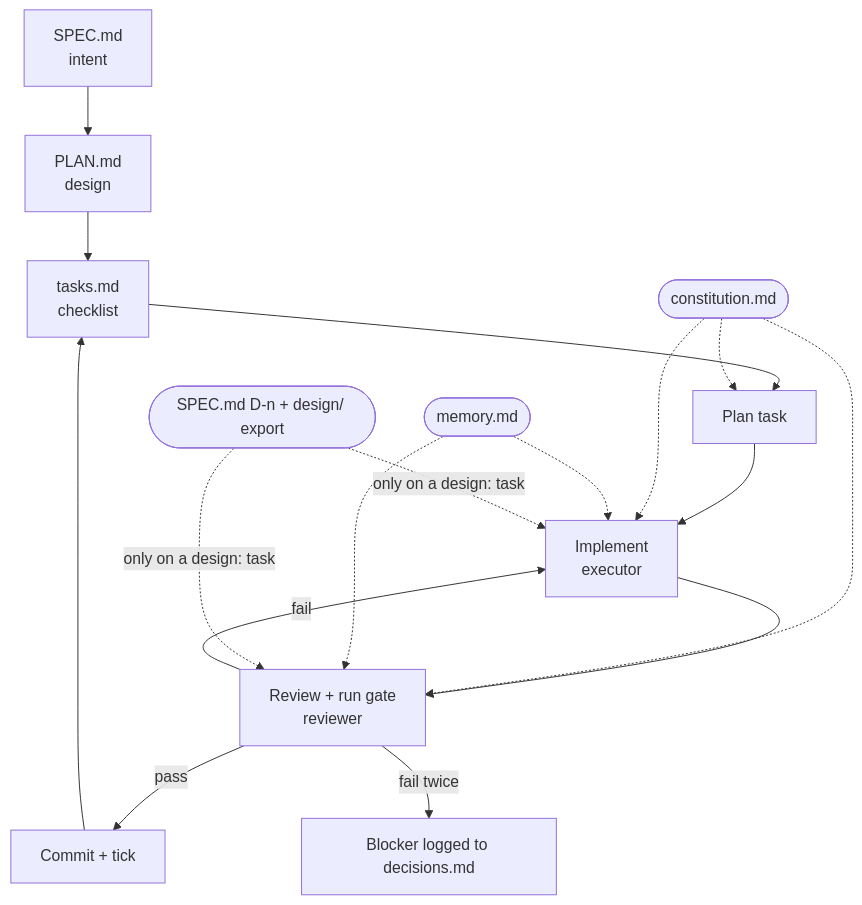
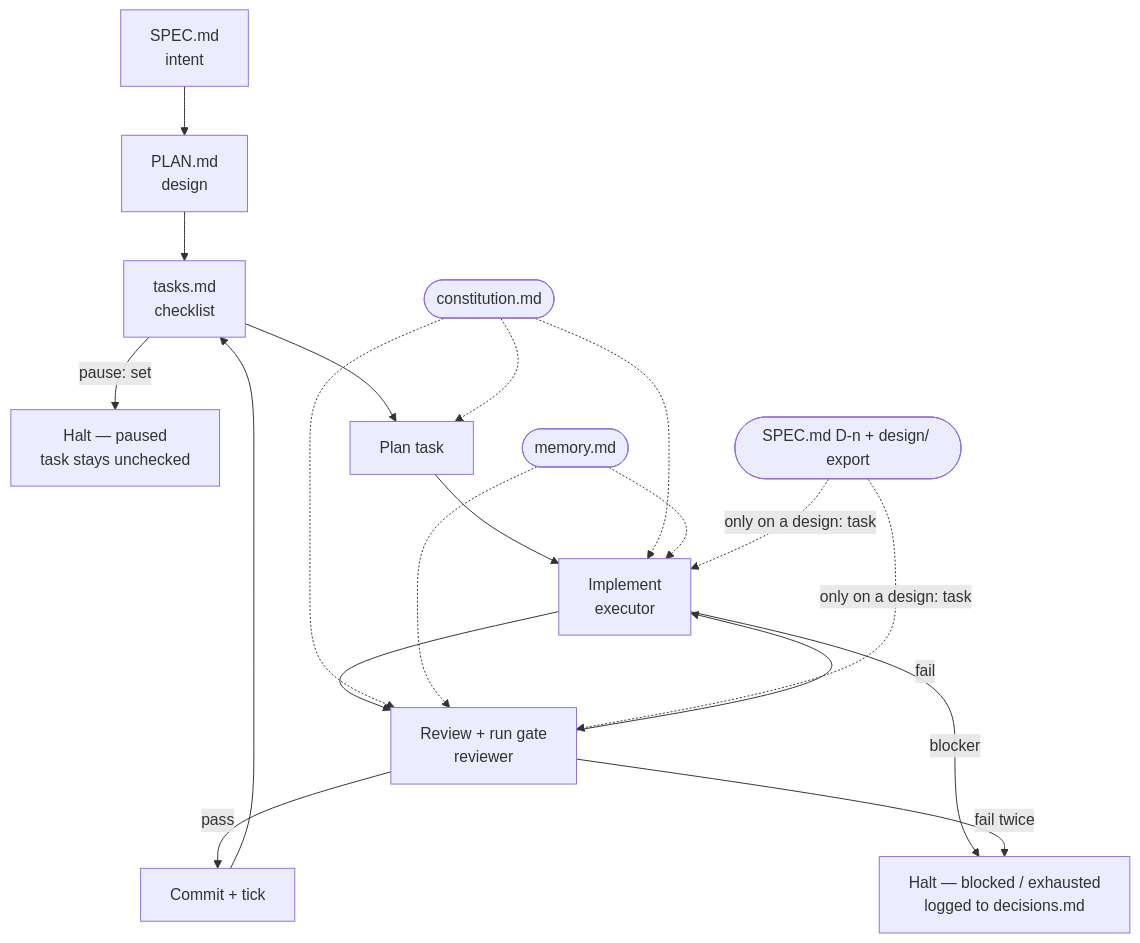
Before and after one commit to GrayMa77er/tiny-spec: the diagram in README.md, drawn with Mermaid. The commit also changed other lines of this file and 10 other files, not shown here.

````diff
--- a/README.md
+++ b/README.md
@@ -300,16 +429,18 @@
 ```mermaid
 flowchart TB
     SPEC[SPEC.md<br/>intent] --> PLAN[PLAN.md<br/>design] --> TASKS[tasks.md<br/>checklist]
 
+    TASKS -->|pause: set| H[Halt — paused<br/>task stays unchecked]
     TASKS --> P[Plan task]
     P --> I[Implement<br/>executor]
     I --> R[Review + run gate<br/>reviewer]
+    I -->|blocker| B
     R -->|pass| C[Commit + tick]
     C --> TASKS
     R -->|fail| I
-    R -->|fail twice| B[Blocker logged to decisions.md]
+    R -->|fail twice| B[Halt — blocked / exhausted<br/>logged to decisions.md]
 
     CON([constitution.md]) -.-> P & I & R
     MEM([memory.md]) -.-> I & R
     DES([SPEC.md D-n + design/ export]) -.->|only on a design: task| I & R
 ```
````
